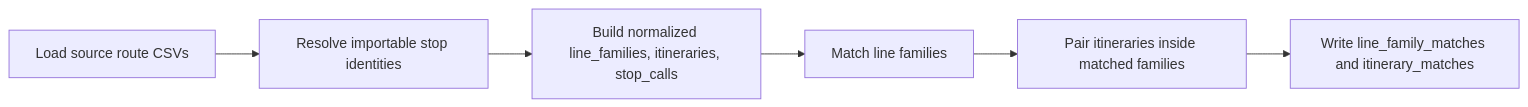
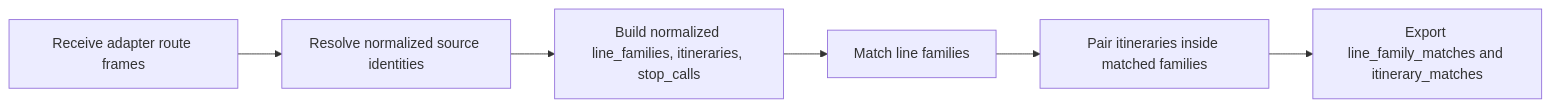
Before and after one commit to openTdataCH/stop_sync_osm_atlas: the diagram in documentation/3.2 Route-Route Matching.md, drawn with Mermaid. The commit also changed other lines of this file and 261 other files, not shown here.

````diff
--- a/documentation/3.2 Route-Route Matching.md
+++ b/documentation/3.2 Route-Route Matching.md
@@ -14,8 +14,8 @@
 ```mermaid
 flowchart LR
-   A[Load source route CSVs] --> B[Resolve importable stop identities]
+   A[Receive adapter route frames] --> B[Resolve normalized source identities]
    B --> C[Build normalized line_families, itineraries, stop_calls]
    C --> D[Match line families]
    D --> E[Pair itineraries inside matched families]
-   E --> F[Write line_family_matches and itinerary_matches]
+   E --> F[Export line_family_matches and itinerary_matches]
 ```
````
